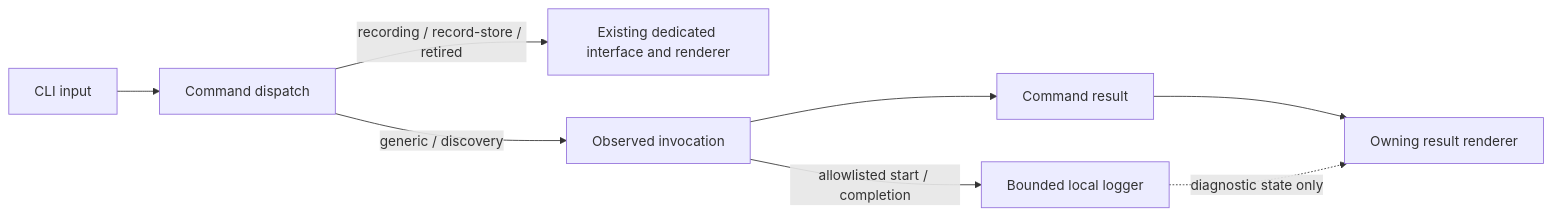
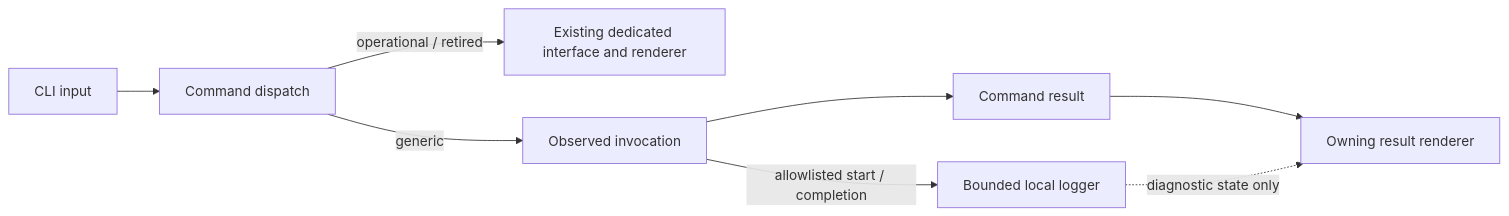
Before and after one commit to xiongxianfei/rigorloop: the second of 3 diagrams in docs/design/cli/cli.md, drawn with Mermaid. The commit also changed other lines of this file and 512 other files, not shown here.

````diff
--- a/docs/design/cli/cli.md
+++ b/docs/design/cli/cli.md
@@ -891,10 +88,10 @@
 ```mermaid
 flowchart LR
     Input["CLI input"] --> Classify["Command dispatch"]
-    Classify -->|"recording / record-store / retired"| Recorder["Existing dedicated interface and renderer"]
-    Classify -->|"generic / discovery"| Observed["Observed invocation"]
+    Classify -->|"operational / retired"| Recorder["Existing dedicated interface and renderer"]
+    Classify -->|"generic"| Observed["Observed invocation"]
     Observed --> Semantics["Command result"]
     Semantics --> Render["Owning result renderer"]
     Observed -->|"allowlisted start / completion"| Logs["Bounded local logger"]
     Logs -.->|"diagnostic state only"| Render
 ```
````
